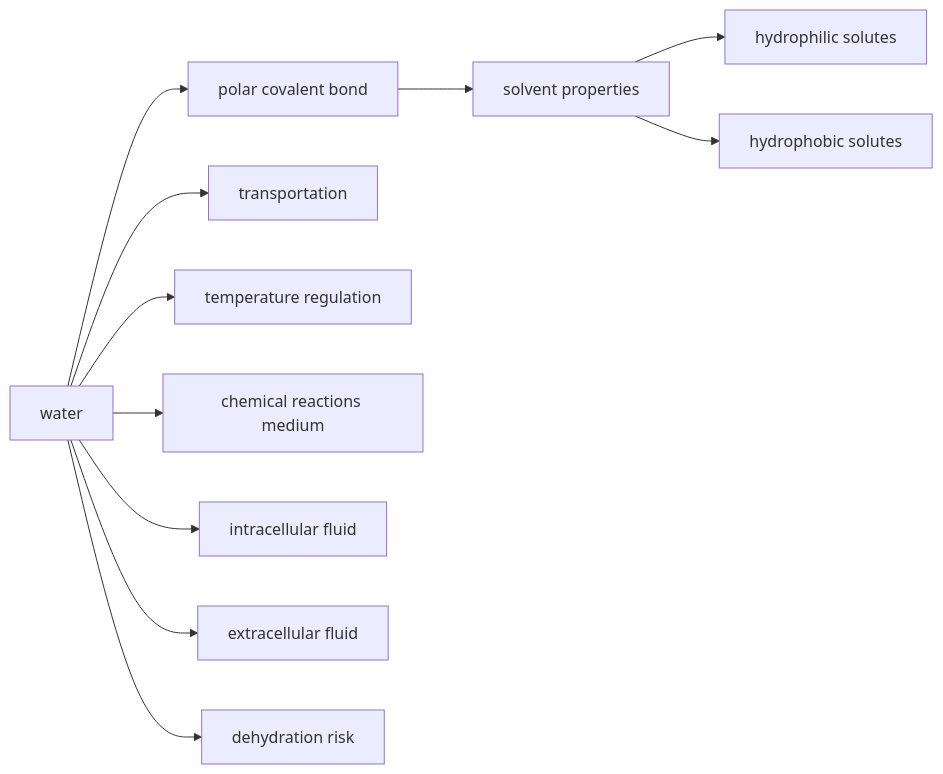
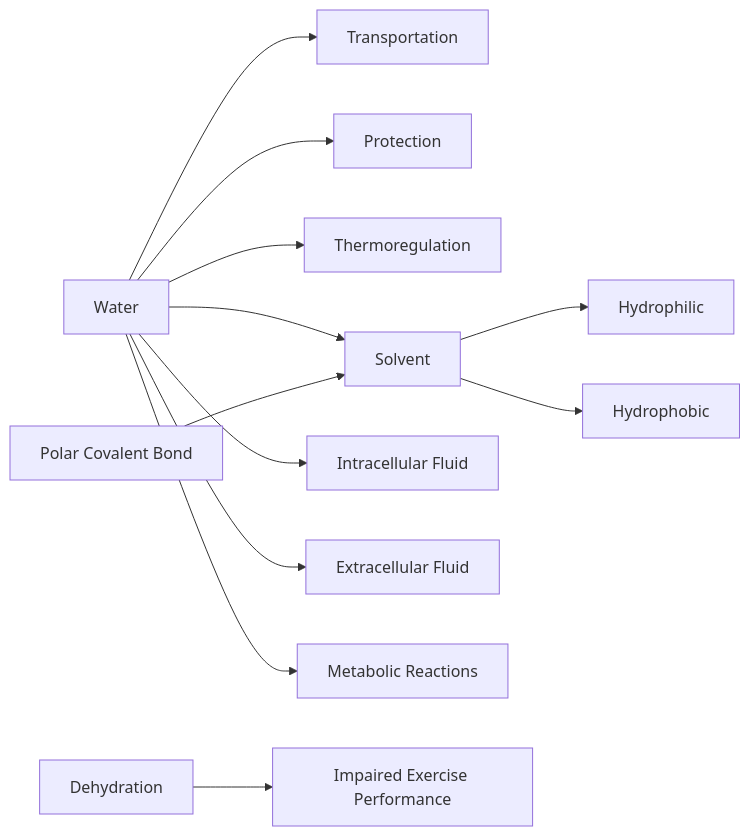
Before and after one commit to shosho-chang/nakama: the sixth of 13 diagrams in tests/fixtures/golden/bse-ch3-expected/bse-ch3.md, drawn with Mermaid. The commit also changed other lines of this file and 150 other files, not shown here.

````diff
--- a/tests/fixtures/golden/bse-ch3-expected/bse-ch3.md
+++ b/tests/fixtures/golden/bse-ch3-expected/bse-ch3.md
@@ -1021,13 +1022,14 @@
 ```mermaid
 flowchart LR
-  A[water] --> B[polar covalent bond]
-  B --> C[solvent properties]
-  C --> D[hydrophilic solutes]
-  C --> E[hydrophobic solutes]
-  A --> F[transportation]
-  A --> G[temperature regulation]
-  A --> H[chemical reactions medium]
-  A --> I[intracellular fluid]
-  A --> J[extracellular fluid]
-  A --> K[dehydration risk]
+  Water --> Transportation
+  Water --> Protection
+  Water --> Thermoregulation
+  Water --> Solvent
+  PolarCovalentBond[Polar Covalent Bond] --> Solvent
+  Solvent --> Hydrophilic
+  Solvent --> Hydrophobic
+  Water --> IntracellularFluid[Intracellular Fluid]
+  Water --> ExtracellularFluid[Extracellular Fluid]
+  Water --> MetabolicReactions[Metabolic Reactions]
+  Dehydration --> ExercisePerformance[Impaired Exercise Performance]
 ```
````
